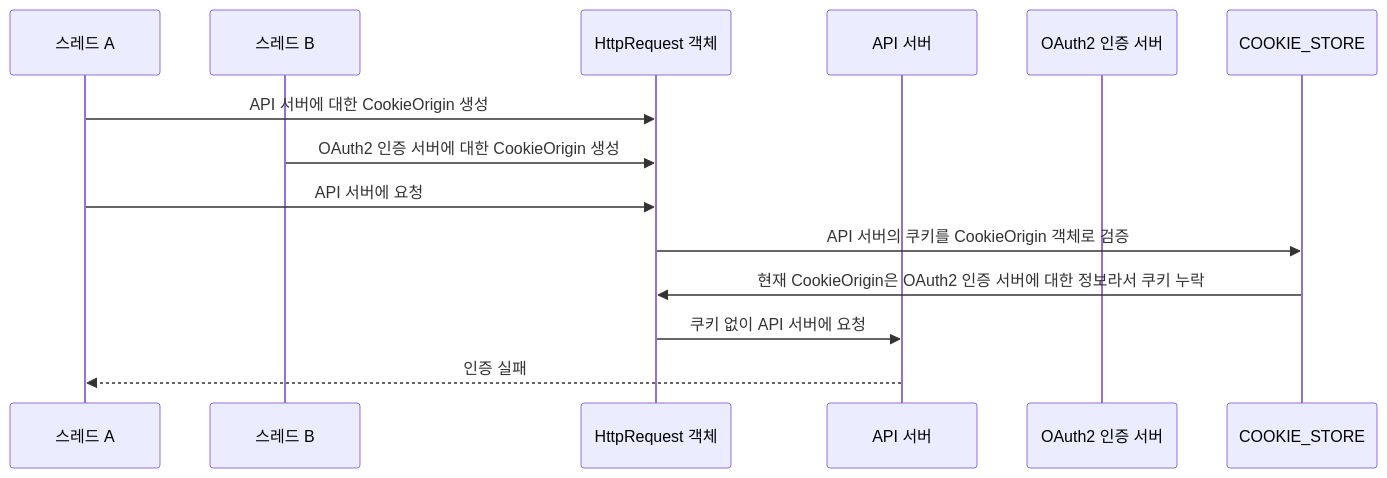
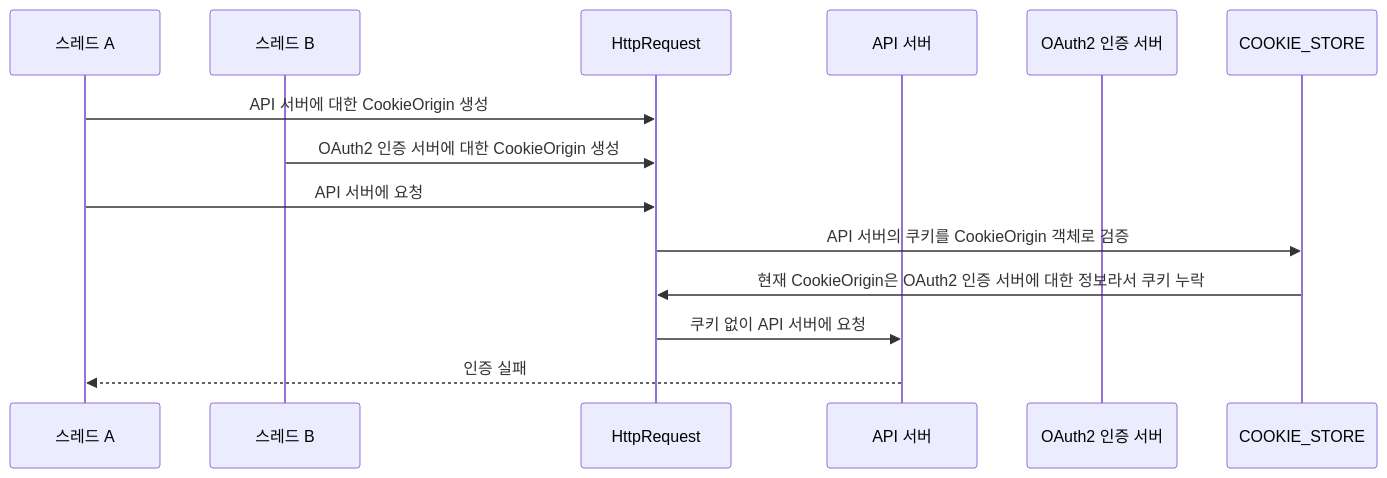
One commit to Hansanghyun-github/TIL changed the first of 2 diagrams in portfolio/nGrinder 부하 테스트 중 발생한 OAuth2 인증 문제 분석 및 해결.md. Above: the diagram before and after it, drawn with Mermaid. The commit also changed other lines of this file, not shown here.

````diff
--- a/portfolio/nGrinder 부하 테스트 중 발생한 OAuth2 인증 문제 분석 및 해결.md
+++ b/portfolio/nGrinder 부하 테스트 중 발생한 OAuth2 인증 문제 분석 및 해결.md
@@ -228,16 +220,16 @@
 ```mermaid
 sequenceDiagram
    participant A as 스레드 A
    participant B as 스레드 B
-   participant HttpRequest as HttpRequest 객체
+   participant HttpRequest as HttpRequest
    participant API as API 서버
    participant Mock as OAuth2 인증 서버
 
    A->>HttpRequest: API 서버에 대한 CookieOrigin 생성
    B->>HttpRequest: OAuth2 인증 서버에 대한 CookieOrigin 생성
    A->>HttpRequest: API 서버에 요청
    HttpRequest->>COOKIE_STORE: API 서버의 쿠키를 CookieOrigin 객체로 검증
    COOKIE_STORE->>HttpRequest: 현재 CookieOrigin은 OAuth2 인증 서버에 대한 정보라서 쿠키 누락
    HttpRequest->>API: 쿠키 없이 API 서버에 요청
    API-->>A: 인증 실패
 ```
````
